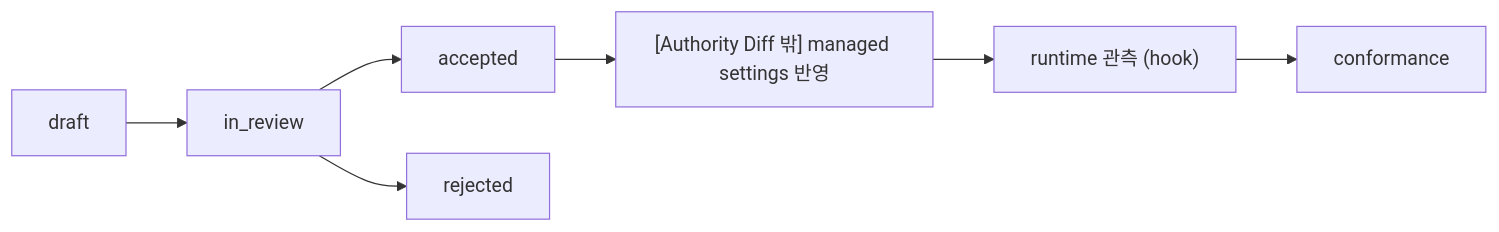
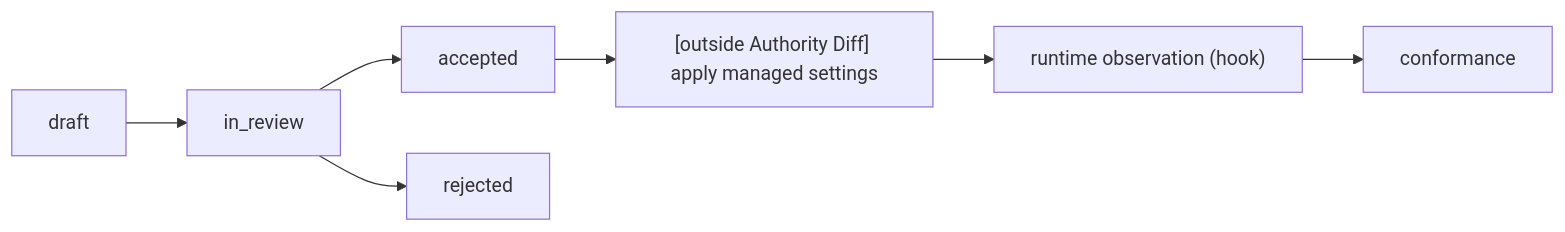
The fourth of 6 diagrams in docs/design.md (hsskey/authority-diff), drawn with Mermaid before and after one commit. The commit also changed other lines of this file and 35 other files, not shown here.

````diff
--- a/docs/design.md
+++ b/docs/design.md
@@ -987,9 +988,9 @@
 ```mermaid
 flowchart LR
     draft --> in_review
     in_review --> accepted
     in_review --> rejected
-    accepted --> EXT["[Authority Diff 밖] managed settings 반영"]
-    EXT --> OBS["runtime 관측 (hook)"]
+    accepted --> EXT["[outside Authority Diff] apply managed settings"]
+    EXT --> OBS["runtime observation (hook)"]
     OBS --> CONF["conformance"]
 ```
````
